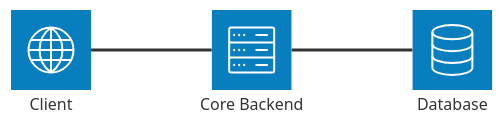
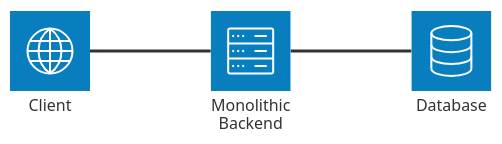
One commit to Darkzarich/microservice-course-assigment-1 changed the first of 2 diagrams in README.md. Above: the diagram before and after it, drawn with Mermaid. The commit also changed other lines of this file and 11 other files, not shown here.

````diff
--- a/README.md
+++ b/README.md
@@ -39,9 +39,9 @@
 ```mermaid
 architecture-beta
     service client(internet)[Client]
-    service core(server)[Core Backend]
+    service core(server)[Monolithic Backend]
     service db(database)[Database]
 
     client:R -- L:core
     core:R -- L:db
 ```
````
